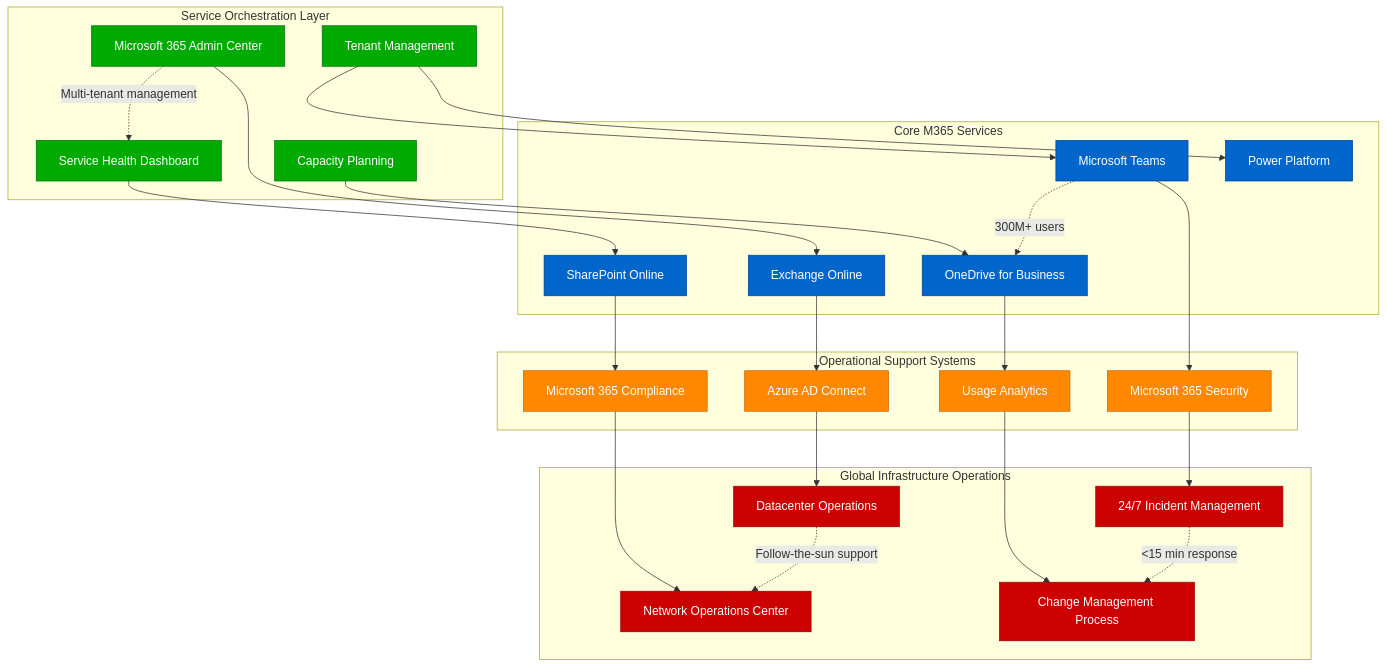
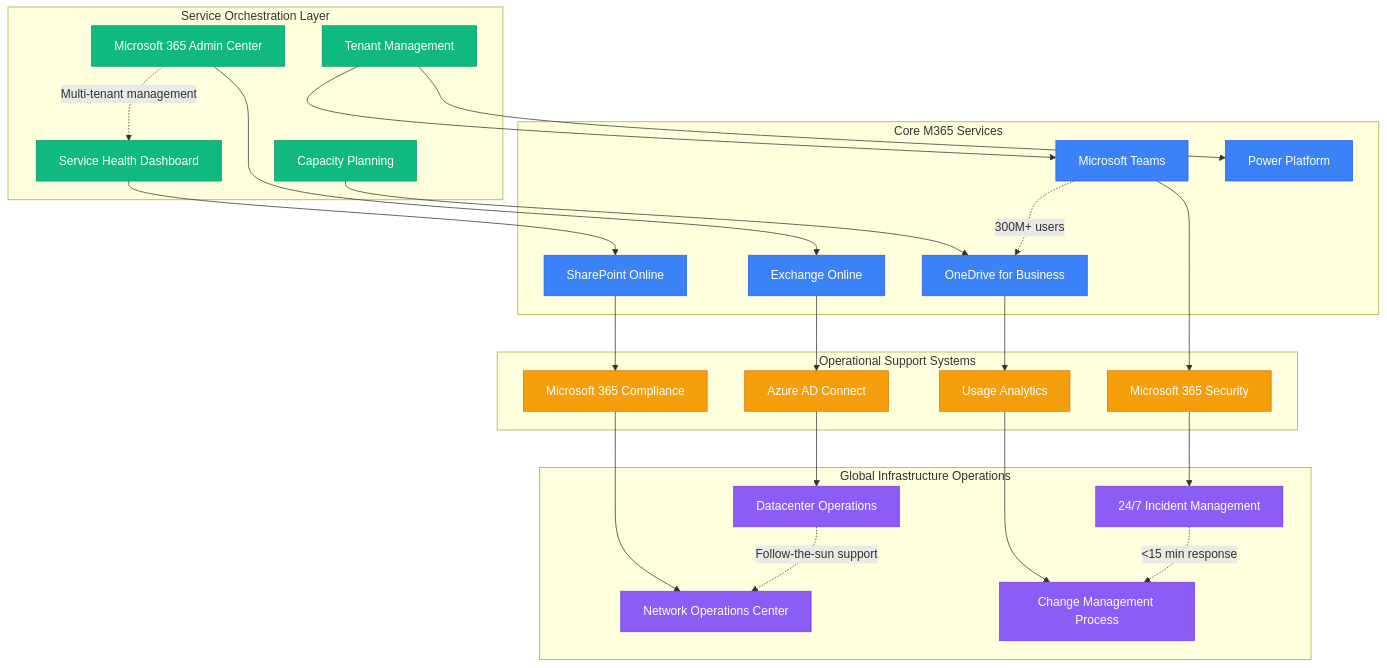
One commit to deepaucksharma/DS changed the fourth of 8 diagrams in site/docs/systems/microsoft/production-operations.md. Above: the diagram before and after it, drawn with Mermaid. The commit also changed other lines of this file and 303 other files, not shown here.

````diff
--- a/site/docs/systems/microsoft/production-operations.md
+++ b/site/docs/systems/microsoft/production-operations.md
@@ -229,66 +229,66 @@
 ```mermaid
 graph TB
     subgraph ServiceOrchestration[Service Orchestration Layer]
         M365_ADMIN_CENTER[Microsoft 365 Admin Center]
         SERVICE_HEALTH[Service Health Dashboard]
         TENANT_MANAGEMENT[Tenant Management]
         CAPACITY_PLANNING[Capacity Planning]
     end
 
     subgraph CoreServices[Core M365 Services]
         EXCHANGE_ONLINE[Exchange Online]
         SHAREPOINT_ONLINE[SharePoint Online]
         TEAMS_SERVICE[Microsoft Teams]
         ONEDRIVE_SERVICE[OneDrive for Business]
         POWER_PLATFORM_SVC[Power Platform]
     end
 
     subgraph OperationalSystems[Operational Support Systems]
         IDENTITY_SYNC[Azure AD Connect]
         COMPLIANCE_CENTER[Microsoft 365 Compliance]
         SECURITY_CENTER[Microsoft 365 Security]
         USAGE_ANALYTICS[Usage Analytics]
     end
 
     subgraph GlobalInfrastructure[Global Infrastructure Operations]
         DATACENTER_OPS[Datacenter Operations]
         NETWORK_OPS[Network Operations Center]
         INCIDENT_MANAGEMENT[24/7 Incident Management]
         CHANGE_MANAGEMENT[Change Management Process]
     end
 
     %% Service orchestration
     M365_ADMIN_CENTER --> EXCHANGE_ONLINE
     SERVICE_HEALTH --> SHAREPOINT_ONLINE
     TENANT_MANAGEMENT --> TEAMS_SERVICE
     CAPACITY_PLANNING --> ONEDRIVE_SERVICE
     TENANT_MANAGEMENT --> POWER_PLATFORM_SVC
 
     %% Operational systems
     EXCHANGE_ONLINE --> IDENTITY_SYNC
     SHAREPOINT_ONLINE --> COMPLIANCE_CENTER
     TEAMS_SERVICE --> SECURITY_CENTER
     ONEDRIVE_SERVICE --> USAGE_ANALYTICS
 
     %% Infrastructure operations
     IDENTITY_SYNC --> DATACENTER_OPS
     COMPLIANCE_CENTER --> NETWORK_OPS
     SECURITY_CENTER --> INCIDENT_MANAGEMENT
     USAGE_ANALYTICS --> CHANGE_MANAGEMENT
 
     %% Service metrics
     M365_ADMIN_CENTER -.->|"Multi-tenant management"| SERVICE_HEALTH
     TEAMS_SERVICE -.->|"300M+ users"| ONEDRIVE_SERVICE
     INCIDENT_MANAGEMENT -.->|"<15 min response"| CHANGE_MANAGEMENT
     DATACENTER_OPS -.->|"Follow-the-sun support"| NETWORK_OPS
 
-    classDef orchestrationStyle fill:#00AA00,stroke:#007700,color:#fff
-    classDef serviceStyle fill:#0066CC,stroke:#004499,color:#fff
-    classDef operationalStyle fill:#FF8800,stroke:#CC6600,color:#fff
-    classDef infraStyle fill:#CC0000,stroke:#990000,color:#fff
+    classDef orchestrationStyle fill:#10B981,stroke:#059669,color:#fff
+    classDef serviceStyle fill:#3B82F6,stroke:#2563EB,color:#fff
+    classDef operationalStyle fill:#F59E0B,stroke:#D97706,color:#fff
+    classDef infraStyle fill:#8B5CF6,stroke:#7C3AED,color:#fff
 
     class M365_ADMIN_CENTER,SERVICE_HEALTH,TENANT_MANAGEMENT,CAPACITY_PLANNING orchestrationStyle
     class EXCHANGE_ONLINE,SHAREPOINT_ONLINE,TEAMS_SERVICE,ONEDRIVE_SERVICE,POWER_PLATFORM_SVC serviceStyle
     class IDENTITY_SYNC,COMPLIANCE_CENTER,SECURITY_CENTER,USAGE_ANALYTICS operationalStyle
     class DATACENTER_OPS,NETWORK_OPS,INCIDENT_MANAGEMENT,CHANGE_MANAGEMENT infraStyle
 ```
````
